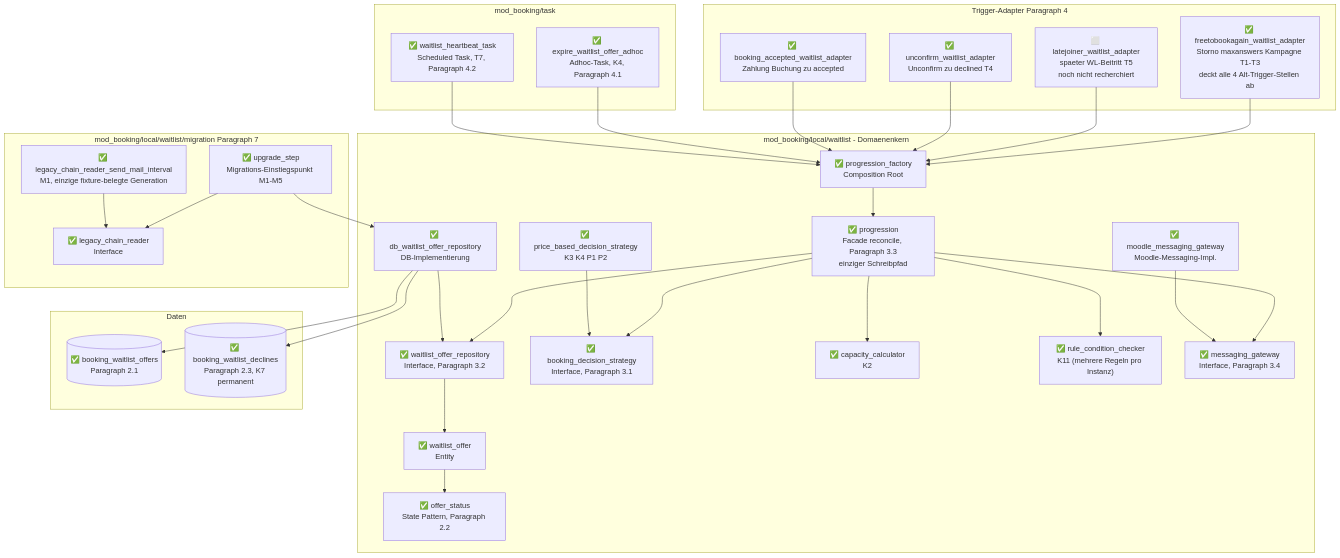
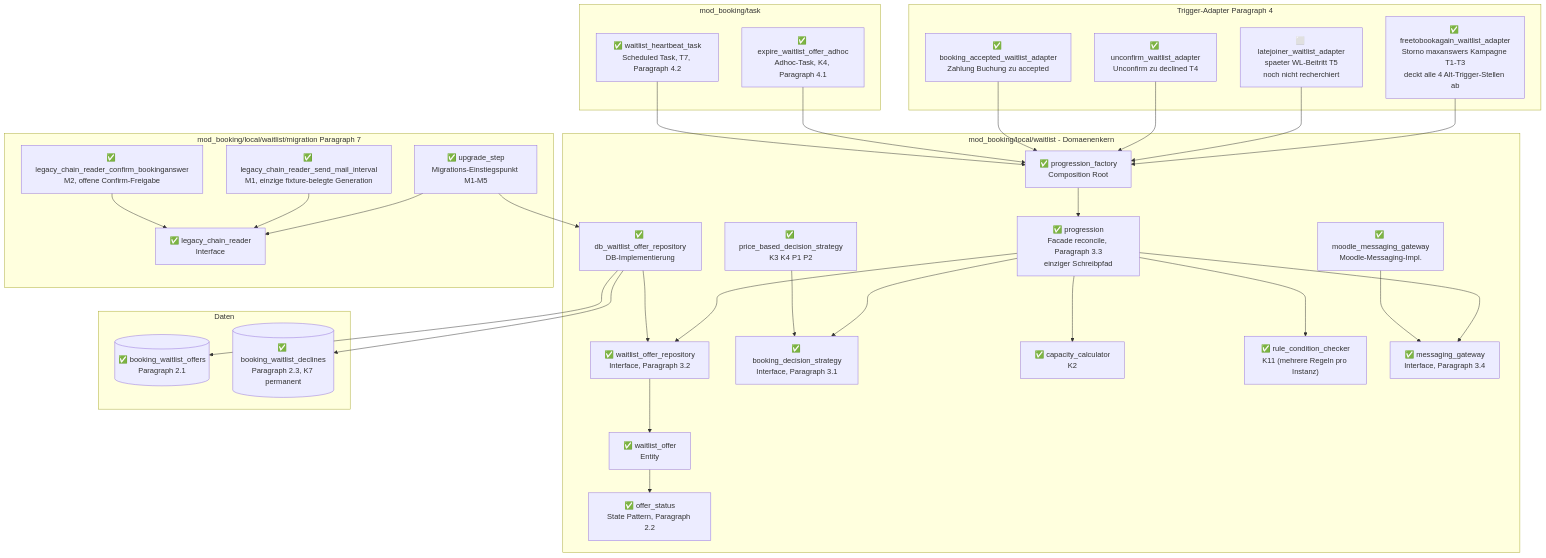
One commit to Wunderbyte-GmbH/moodle-mod_booking changed the diagram in docs/blueprints/WAITLIST_REFACTOR_IMPLEMENTATION_PROGRESS_2026-08-12.md. Above: the diagram before and after it, drawn with Mermaid. The commit also changed other lines of this file and 14 other files, not shown here.

````diff
--- a/docs/blueprints/WAITLIST_REFACTOR_IMPLEMENTATION_PROGRESS_2026-08-12.md
+++ b/docs/blueprints/WAITLIST_REFACTOR_IMPLEMENTATION_PROGRESS_2026-08-12.md
@@ -31,65 +31,67 @@
 ```mermaid
 flowchart TB
     subgraph Domain["mod_booking/local/waitlist - Domaenenkern"]
         offer_status["✅ offer_status<br/>State Pattern, Paragraph 2.2"]
         waitlist_offer["✅ waitlist_offer<br/>Entity"]
         waitlist_offer_repository["✅ waitlist_offer_repository<br/>Interface, Paragraph 3.2"]
         db_waitlist_offer_repository["✅ db_waitlist_offer_repository<br/>DB-Implementierung"]
         booking_decision_strategy["✅ booking_decision_strategy<br/>Interface, Paragraph 3.1"]
         price_based_decision_strategy["✅ price_based_decision_strategy<br/>K3 K4 P1 P2"]
         capacity_calculator["✅ capacity_calculator<br/>K2"]
         rule_condition_checker["✅ rule_condition_checker<br/>K11 (mehrere Regeln pro Instanz)"]
         messaging_gateway["✅ messaging_gateway<br/>Interface, Paragraph 3.4"]
         moodle_messaging_gateway["✅ moodle_messaging_gateway<br/>Moodle-Messaging-Impl."]
         progression["✅ progression<br/>Facade reconcile, Paragraph 3.3<br/>einziger Schreibpfad"]
         progression_factory["✅ progression_factory<br/>Composition Root"]
     end
 
     subgraph Tasks["mod_booking/task"]
         expire_waitlist_offer_adhoc["✅ expire_waitlist_offer_adhoc<br/>Adhoc-Task, K4, Paragraph 4.1"]
         waitlist_heartbeat_task["✅ waitlist_heartbeat_task<br/>Scheduled Task, T7, Paragraph 4.2"]
     end
 
     subgraph Adapters["Trigger-Adapter Paragraph 4"]
         freetobookagain_waitlist_adapter["✅ freetobookagain_waitlist_adapter<br/>Storno maxanswers Kampagne T1-T3<br/>deckt alle 4 Alt-Trigger-Stellen ab"]
         latejoiner_waitlist_adapter["⬜ latejoiner_waitlist_adapter<br/>spaeter WL-Beitritt T5<br/>noch nicht recherchiert"]
         unconfirm_waitlist_adapter["✅ unconfirm_waitlist_adapter<br/>Unconfirm zu declined T4"]
         booking_accepted_waitlist_adapter["✅ booking_accepted_waitlist_adapter<br/>Zahlung Buchung zu accepted"]
     end
 
     subgraph Migration["mod_booking/local/waitlist/migration Paragraph 7"]
         upgrade_step["✅ upgrade_step<br/>Migrations-Einstiegspunkt M1-M5"]
         legacy_chain_reader["✅ legacy_chain_reader<br/>Interface"]
         legacy_chain_reader_send_mail_interval["✅ legacy_chain_reader_send_mail_interval<br/>M1, einzige fixture-belegte Generation"]
+        legacy_chain_reader_confirm_bookinganswer["✅ legacy_chain_reader_confirm_bookinganswer<br/>M2, offene Confirm-Freigabe"]
     end
 
     subgraph Data["Daten"]
         booking_waitlist_offers[("✅ booking_waitlist_offers<br/>Paragraph 2.1")]
         booking_waitlist_declines[("✅ booking_waitlist_declines<br/>Paragraph 2.3, K7 permanent")]
     end
 
     progression --> waitlist_offer_repository
     progression --> booking_decision_strategy
     progression --> capacity_calculator
     progression --> rule_condition_checker
     progression --> messaging_gateway
     db_waitlist_offer_repository --> waitlist_offer_repository
     price_based_decision_strategy --> booking_decision_strategy
     moodle_messaging_gateway --> messaging_gateway
     waitlist_offer_repository --> waitlist_offer
     waitlist_offer --> offer_status
     progression_factory --> progression
     db_waitlist_offer_repository --> booking_waitlist_offers
     db_waitlist_offer_repository --> booking_waitlist_declines
 
     freetobookagain_waitlist_adapter --> progression_factory
     latejoiner_waitlist_adapter --> progression_factory
     unconfirm_waitlist_adapter --> progression_factory
     booking_accepted_waitlist_adapter --> progression_factory
     expire_waitlist_offer_adhoc --> progression_factory
     waitlist_heartbeat_task --> progression_factory
 
     upgrade_step --> legacy_chain_reader
     legacy_chain_reader_send_mail_interval --> legacy_chain_reader
+    legacy_chain_reader_confirm_bookinganswer --> legacy_chain_reader
     upgrade_step --> db_waitlist_offer_repository
 ```
````
